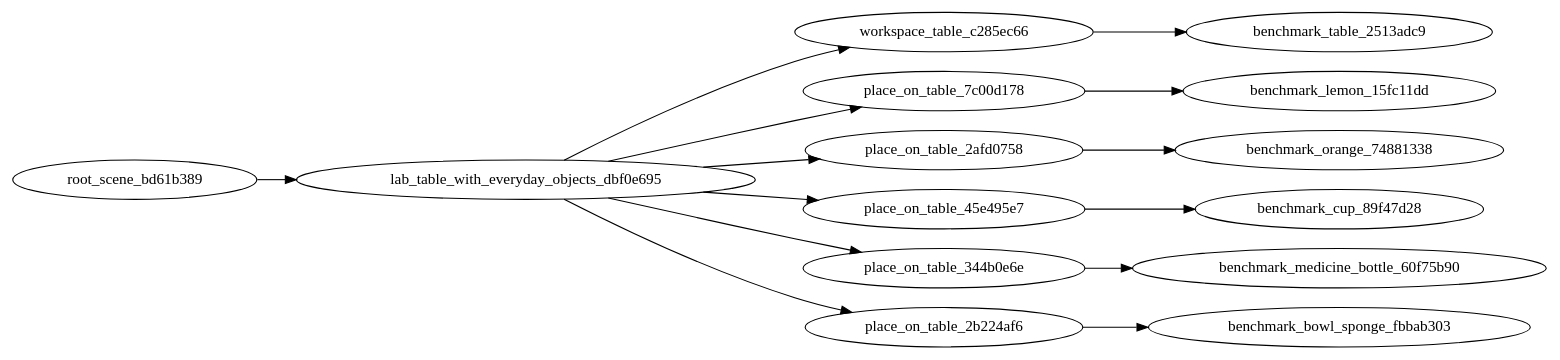
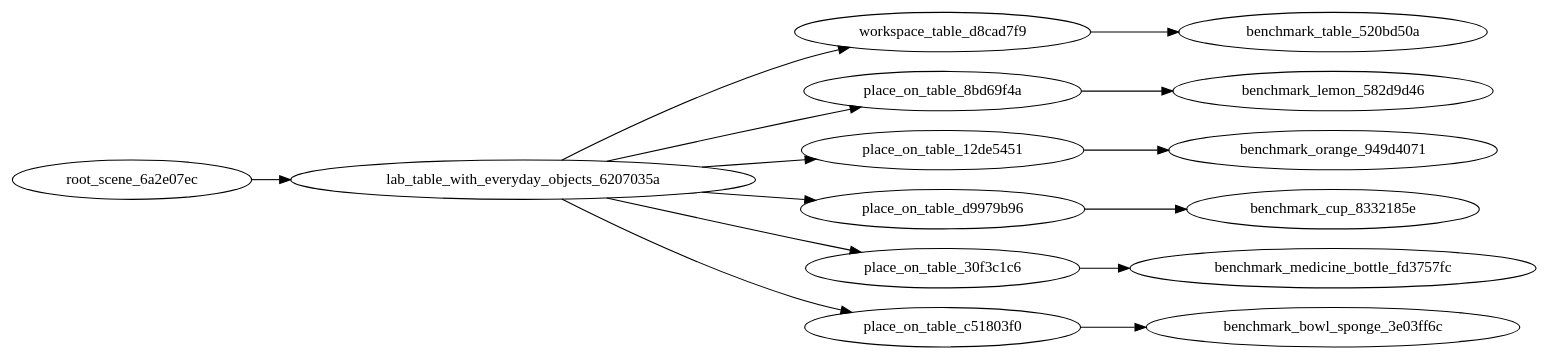
The diagram in sensors/autolearn/adapter/tasks/place_object_relative_position_lab/instances/1/graph.dot (cnboonhan/data-flywheel), drawn with Graphviz before and after one commit. The commit also changed 87 other files, not shown here.

```diff
--- a/sensors/autolearn/adapter/tasks/place_object_relative_position_lab/instances/1/graph.dot
+++ b/sensors/autolearn/adapter/tasks/place_object_relative_position_lab/instances/1/graph.dot
@@ -1,30 +1,30 @@
 strict digraph  {
 	graph [rankdir="LR"];
-	"root_scene_bd61b389";
-	"lab_table_with_everyday_objects_dbf0e695";
-	"workspace_table_c285ec66";
-	"benchmark_table_2513adc9" [tags="['workspace_table', 'table', 'white', 'marble_top']"];
-	"place_on_table_7c00d178";
-	"benchmark_lemon_15fc11dd" [tags="['lemon', 'benchmark_lemon_030', 'on_desk', 'left']"];
-	"place_on_table_2afd0758";
-	"benchmark_orange_74881338" [tags="['orange', 'benchmark_orange_004', 'on_desk', 'left']"];
-	"place_on_table_45e495e7";
-	"benchmark_cup_89f47d28" [tags="['paper cup', 'benchmark_cup_105', 'on_desk', 'right']"];
-	"place_on_table_344b0e6e";
-	"benchmark_medicine_bottle_60f75b90" [tags="['medicine bottle', 'benchmark_medicine_bottle_000', 'on_desk', 'right']"];
-	"place_on_table_2b224af6";
-	"benchmark_bowl_sponge_fbbab303" [tags="['sponge', 'benchmark_bowl_sponge_000', 'on_desk', 'left']"];
-	"root_scene_bd61b389" -> "lab_table_with_everyday_objects_dbf0e695";
-	"lab_table_with_everyday_objects_dbf0e695" -> "workspace_table_c285ec66";
-	"lab_table_with_everyday_objects_dbf0e695" -> "place_on_table_7c00d178";
-	"lab_table_with_everyday_objects_dbf0e695" -> "place_on_table_2afd0758";
-	"lab_table_with_everyday_objects_dbf0e695" -> "place_on_table_45e495e7";
-	"lab_table_with_everyday_objects_dbf0e695" -> "place_on_table_344b0e6e";
-	"lab_table_with_everyday_objects_dbf0e695" -> "place_on_table_2b224af6";
-	"workspace_table_c285ec66" -> "benchmark_table_2513adc9";
-	"place_on_table_7c00d178" -> "benchmark_lemon_15fc11dd";
-	"place_on_table_2afd0758" -> "benchmark_orange_74881338";
-	"place_on_table_45e495e7" -> "benchmark_cup_89f47d28";
-	"place_on_table_344b0e6e" -> "benchmark_medicine_bottle_60f75b90";
-	"place_on_table_2b224af6" -> "benchmark_bowl_sponge_fbbab303";
+	"root_scene_6a2e07ec";
+	"lab_table_with_everyday_objects_6207035a";
+	"workspace_table_d8cad7f9";
+	"benchmark_table_520bd50a" [tags="['workspace_table', 'table', 'white', 'marble_top']"];
+	"place_on_table_8bd69f4a";
+	"benchmark_lemon_582d9d46" [tags="['lemon', 'benchmark_lemon_030', 'on_desk', 'left']"];
+	"place_on_table_12de5451";
+	"benchmark_orange_949d4071" [tags="['orange', 'benchmark_orange_004', 'on_desk', 'left']"];
+	"place_on_table_d9979b96";
+	"benchmark_cup_8332185e" [tags="['paper cup', 'benchmark_cup_105', 'on_desk', 'right']"];
+	"place_on_table_30f3c1c6";
+	"benchmark_medicine_bottle_fd3757fc" [tags="['medicine bottle', 'benchmark_medicine_bottle_000', 'on_desk', 'right']"];
+	"place_on_table_c51803f0";
+	"benchmark_bowl_sponge_3e03ff6c" [tags="['sponge', 'benchmark_bowl_sponge_000', 'on_desk', 'left']"];
+	"root_scene_6a2e07ec" -> "lab_table_with_everyday_objects_6207035a";
+	"lab_table_with_everyday_objects_6207035a" -> "workspace_table_d8cad7f9";
+	"lab_table_with_everyday_objects_6207035a" -> "place_on_table_8bd69f4a";
+	"lab_table_with_everyday_objects_6207035a" -> "place_on_table_12de5451";
+	"lab_table_with_everyday_objects_6207035a" -> "place_on_table_d9979b96";
+	"lab_table_with_everyday_objects_6207035a" -> "place_on_table_30f3c1c6";
+	"lab_table_with_everyday_objects_6207035a" -> "place_on_table_c51803f0";
+	"workspace_table_d8cad7f9" -> "benchmark_table_520bd50a";
+	"place_on_table_8bd69f4a" -> "benchmark_lemon_582d9d46";
+	"place_on_table_12de5451" -> "benchmark_orange_949d4071";
+	"place_on_table_d9979b96" -> "benchmark_cup_8332185e";
+	"place_on_table_30f3c1c6" -> "benchmark_medicine_bottle_fd3757fc";
+	"place_on_table_c51803f0" -> "benchmark_bowl_sponge_3e03ff6c";
 }
```
